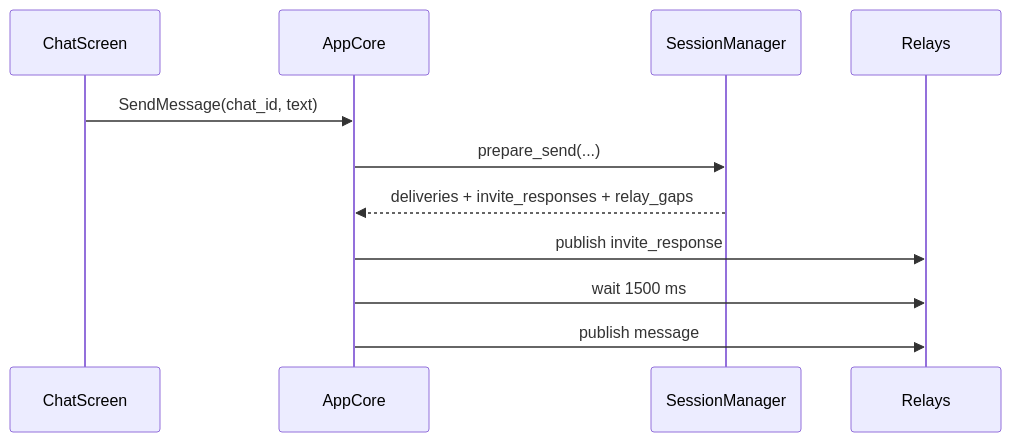
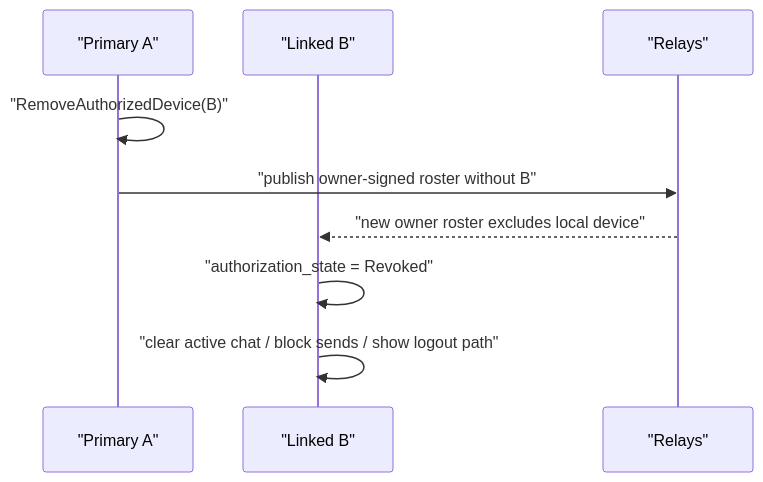
One commit to lauri000/ndr-demo-app changed the seventh of 9 diagrams in ARCHITECTURE_REVIEW.md. Above: the diagram before and after it, drawn with Mermaid. The commit also changed other lines of this file and 4 other files, not shown here.

Commit message:
Validate linked-device fanout on real relays

````diff
--- a/ARCHITECTURE_REVIEW.md
+++ b/ARCHITECTURE_REVIEW.md
@@ -121,13 +271,12 @@
 ```mermaid
 sequenceDiagram
-  participant UI as ChatScreen
-  participant CORE as AppCore
-  participant SM as SessionManager
-  participant RELAY as Relays
-  UI->>CORE: SendMessage(chat_id, text)
-  CORE->>SM: prepare_send(...)
-  SM-->>CORE: deliveries + invite_responses + relay_gaps
-  CORE->>RELAY: publish invite_response
-  CORE->>RELAY: wait 1500 ms
-  CORE->>RELAY: publish message
+  participant A as "Primary A"
+  participant B as "Linked B"
+  participant RELAY as "Relays"
+
+  A->>A: "RemoveAuthorizedDevice(B)"
+  A->>RELAY: "publish owner-signed roster without B"
+  RELAY-->>B: "new owner roster excludes local device"
+  B->>B: "authorization_state = Revoked"
+  B->>B: "clear active chat / block sends / show logout path"
 ```
````
